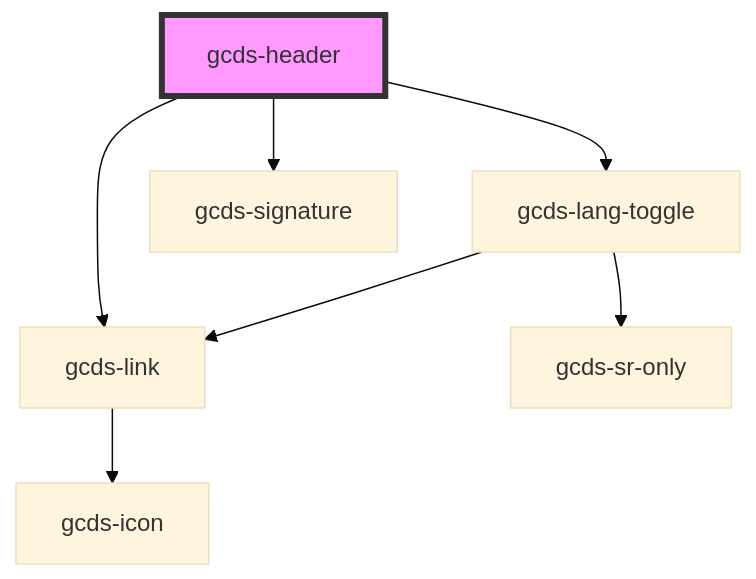
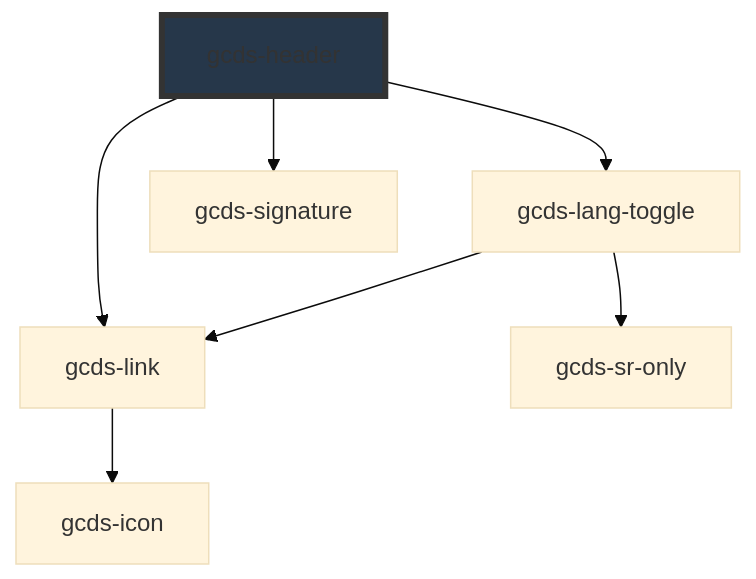
The diagram in packages/web/src/components/gcds-header/readme.md (cds-snc/gcds-components), drawn with Mermaid (base theme) before and after one commit. The commit also changed other lines of this file and 16 other files, not shown here.

````diff
--- a/packages/web/src/components/gcds-header/readme.md
+++ b/packages/web/src/components/gcds-header/readme.md
@@ -25,10 +47,10 @@
 ```mermaid
 graph TD;
   gcds-header --> gcds-link
   gcds-header --> gcds-lang-toggle
   gcds-header --> gcds-signature
   gcds-link --> gcds-icon
   gcds-lang-toggle --> gcds-sr-only
   gcds-lang-toggle --> gcds-link
-  style gcds-header fill:#f9f,stroke:#333,stroke-width:4px
+  style gcds-header fill:#26374a,stroke:#333,stroke-width:4px
 ```
````
